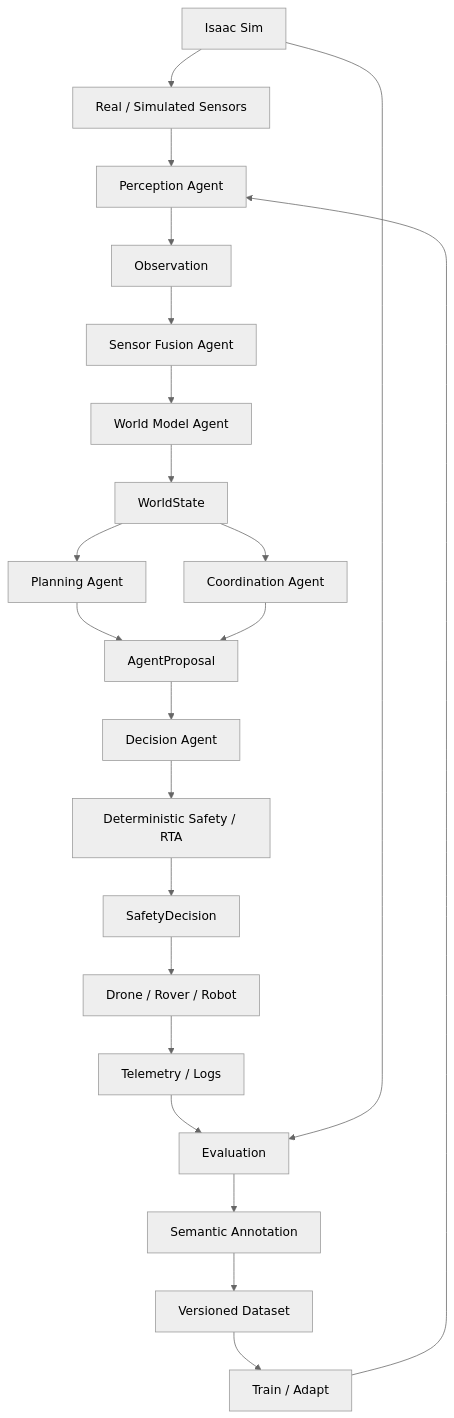
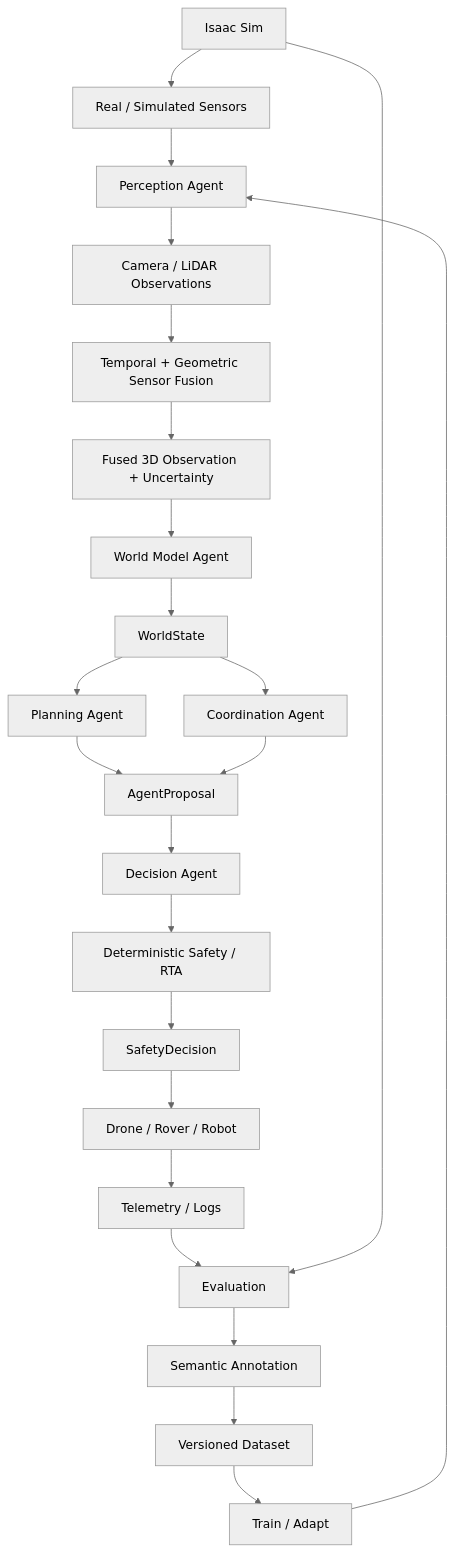
One commit to DSIMETRIC/AutonomyMind changed the first of 7 diagrams in docs/architecture.md. Above: the diagram before and after it, drawn with Mermaid (neutral theme). The commit also changed other lines of this file, not shown here.

Commit message:
Document camera LiDAR fusion architecture

````diff
--- a/docs/architecture.md
+++ b/docs/architecture.md
@@ -7,25 +7,26 @@
 ```mermaid
 flowchart TB
   Sensors[Real / Simulated Sensors] --> PA[Perception Agent]
-  PA --> O[Observation]
-  O --> SF[Sensor Fusion Agent]
-  SF --> WM[World Model Agent]
+  PA --> O[Camera / LiDAR Observations]
+  O --> SF[Temporal + Geometric Sensor Fusion]
+  SF --> FO[Fused 3D Observation + Uncertainty]
+  FO --> WM[World Model Agent]
   WM --> WS[WorldState]
   WS --> PLA[Planning Agent]
   WS --> CA[Coordination Agent]
   PLA --> AP[AgentProposal]
   CA --> AP
   AP --> DA[Decision Agent]
   DA --> SB[Deterministic Safety / RTA]
   SB --> SD[SafetyDecision]
   SD --> Robot[Drone / Rover / Robot]
 
   Isaac[Isaac Sim] --> Sensors
   Robot --> Telemetry[Telemetry / Logs]
   Telemetry --> Eval[Evaluation]
   Isaac --> Eval
   Eval --> Semantic[Semantic Annotation]
   Semantic --> Dataset[Versioned Dataset]
   Dataset --> Train[Train / Adapt]
   Train --> PA
 ```
````
